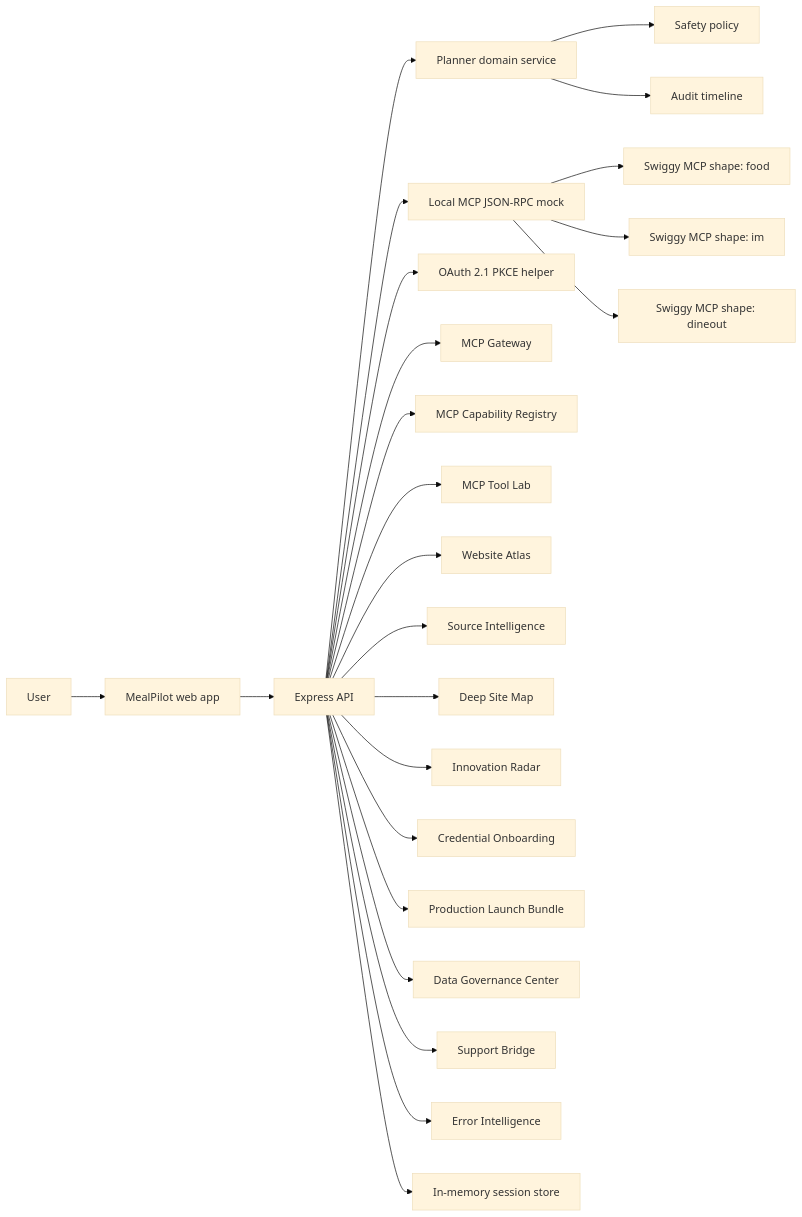
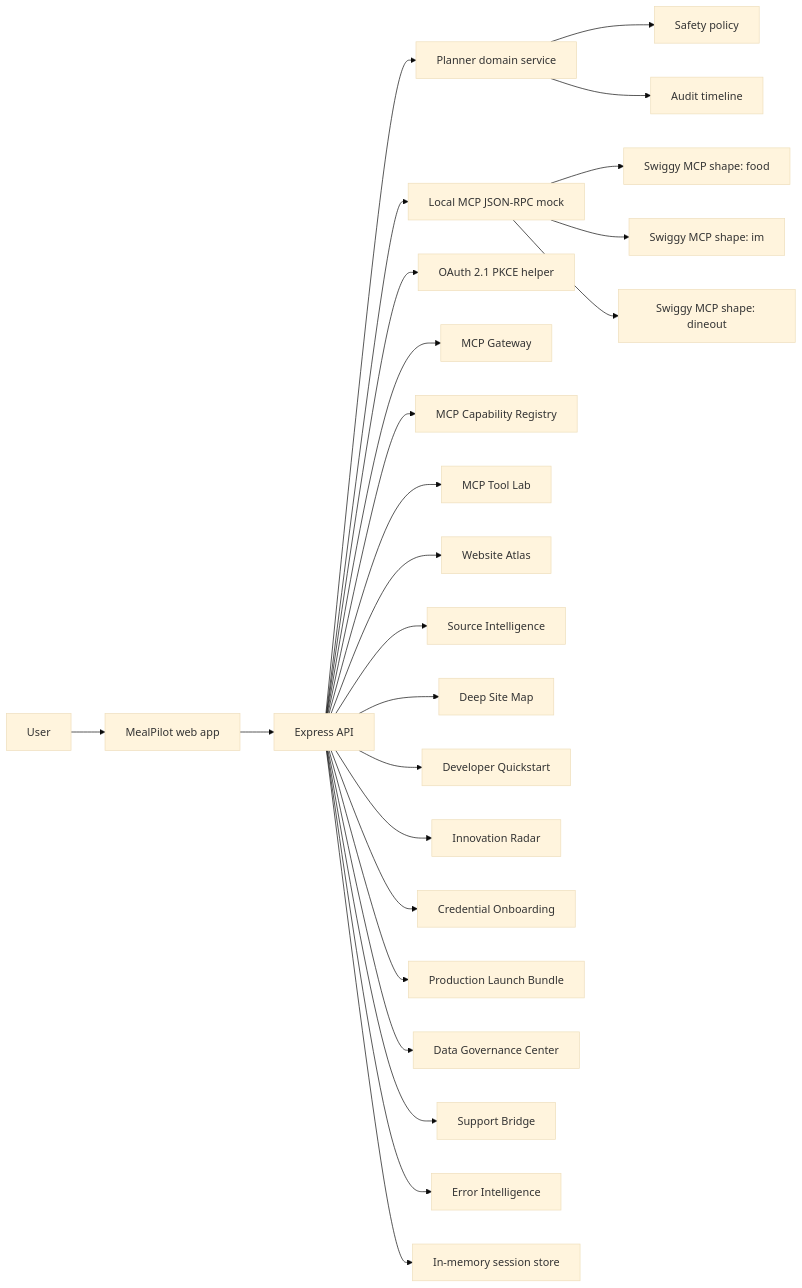
The diagram in docs/architecture.md (Farhankhan0128/MealPilot), drawn with Mermaid (base theme) before and after one commit. The commit also changed other lines of this file and 24 other files, not shown here.

Commit message:
Add Swiggy developer quickstart workbench

````diff
--- a/docs/architecture.md
+++ b/docs/architecture.md
@@ -7,26 +7,27 @@
 ```mermaid
 flowchart LR
   U["User"] --> UI["MealPilot web app"]
   UI --> API["Express API"]
   API --> Planner["Planner domain service"]
   Planner --> Safety["Safety policy"]
   API --> Mock["Local MCP JSON-RPC mock"]
   API --> Auth["OAuth 2.1 PKCE helper"]
   API --> Gateway["MCP Gateway"]
   API --> Registry["MCP Capability Registry"]
   API --> ToolLab["MCP Tool Lab"]
   API --> Atlas["Website Atlas"]
   API --> SourceIntel["Source Intelligence"]
   API --> DeepMap["Deep Site Map"]
+  API --> DevQuick["Developer Quickstart"]
   API --> Innovation["Innovation Radar"]
   API --> Credential["Credential Onboarding"]
   API --> Launch["Production Launch Bundle"]
   API --> DataGov["Data Governance Center"]
   API --> Support["Support Bridge"]
   API --> Errors["Error Intelligence"]
   Mock --> Food["Swiggy MCP shape: food"]
   Mock --> IM["Swiggy MCP shape: im"]
   Mock --> Dineout["Swiggy MCP shape: dineout"]
   API --> Store["In-memory session store"]
   Planner --> Obs["Audit timeline"]
 ```
````
